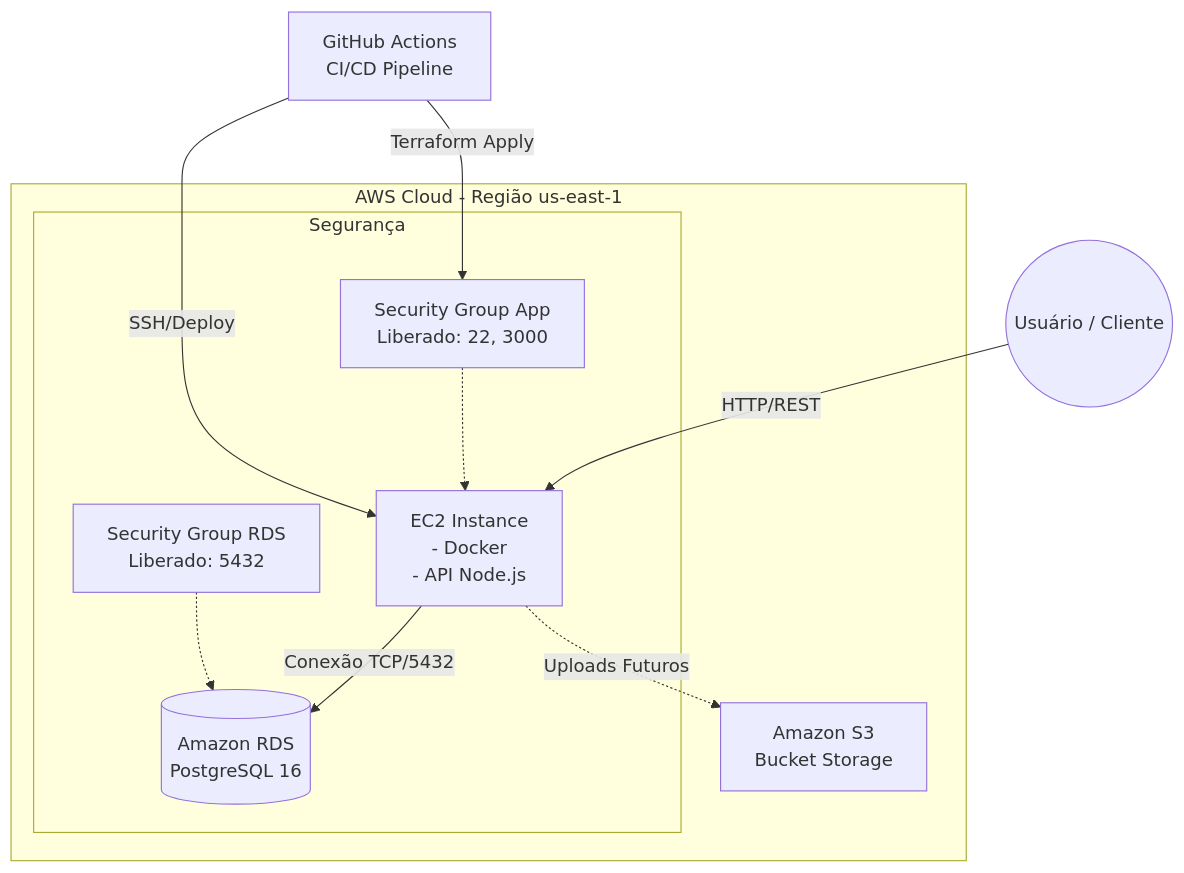
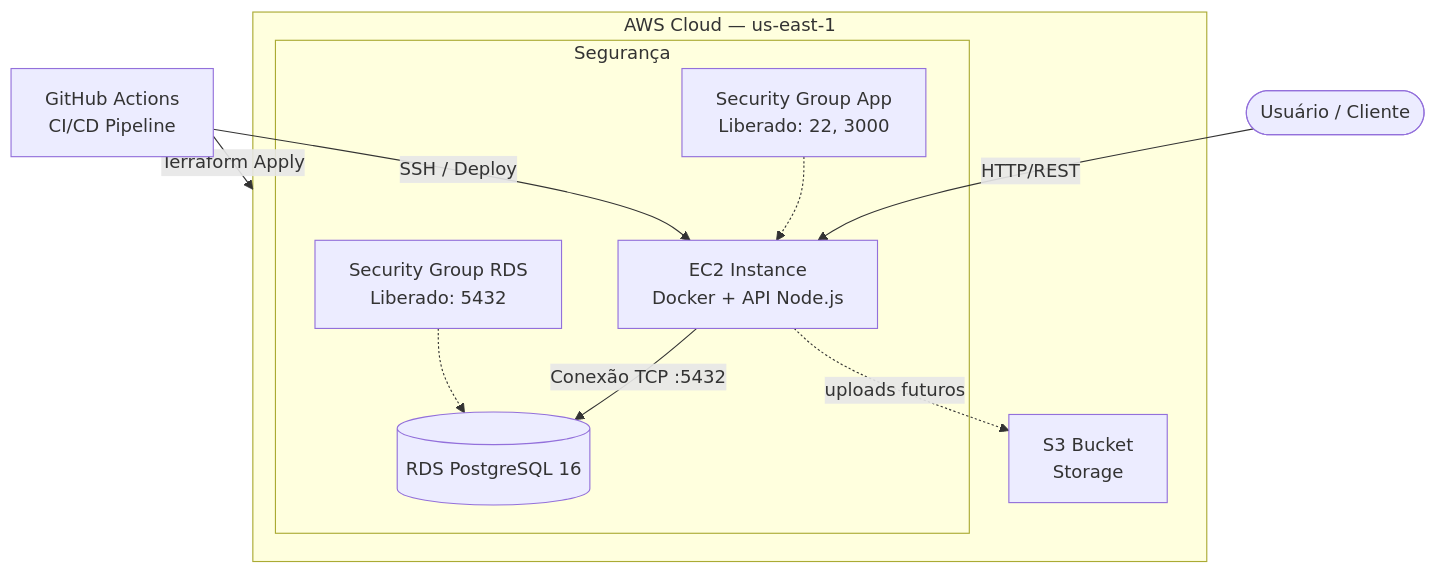
Before and after one commit to FernandoGreco/techChallengePosTech: the fourth of 5 diagrams in README.md, drawn with Mermaid. The commit also changed other lines of this file, not shown here.

First line of the commit message:
docs: consolidate duplicate Terraform/AWS sections and fix broken Mermaid diagram

````diff
--- a/README.md
+++ b/README.md
@@ -945,17 +534,17 @@
 ```mermaid
-graph TD
-    User((Usuário / Cliente)) -->|HTTP/REST| EC2[EC2 Instance\n- Docker\n- API Node.js]
-    
-    subgraph "AWS Cloud - Região us-east-1"
-        EC2 -->|Conexão TCP/5432| RDS[(Amazon RDS\nPostgreSQL 16)]
-        EC2 -.->|Uploads Futuros| S3[Amazon S3\nBucket Storage]
-        
-        subgraph "Segurança"
-            SG_APP[Security Group App\nLiberado: 22, 3000] -.-> EC2
-            SG_RDS[Security Group RDS\nLiberado: 5432] -.-> RDS
+flowchart TB
+    User(["Usuário / Cliente"]) -->|HTTP/REST| EC2["EC2 Instance<br/>Docker + API Node.js"]
+
+    subgraph AWS["AWS Cloud — us-east-1"]
+        EC2 -->|"Conexão TCP :5432"| RDS[("RDS PostgreSQL 16")]
+        EC2 -.->|"uploads futuros"| S3["S3 Bucket<br/>Storage"]
+
+        subgraph Seguranca["Segurança"]
+            SG_APP["Security Group App<br/>Liberado: 22, 3000"] -.-> EC2
+            SG_RDS["Security Group RDS<br/>Liberado: 5432"] -.-> RDS
         end
     end
-    
-    GitHub[GitHub Actions\nCI/CD Pipeline] -->|SSH/Deploy| EC2
-    GitHub -->|Terraform Apply| SG_APP
+
+    GitHub["GitHub Actions<br/>CI/CD Pipeline"] -->|"SSH / Deploy"| EC2
+    GitHub -->|"Terraform Apply"| AWS
 ```
````
